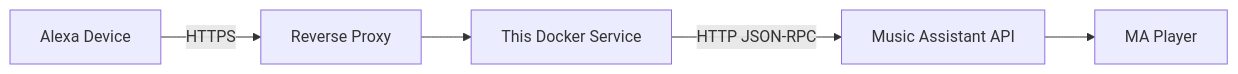
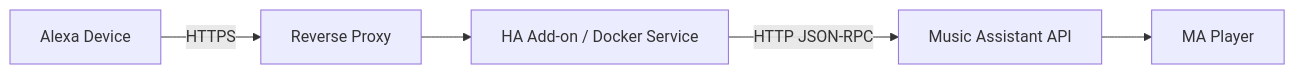
One commit to cirolaferrara/music-assistant-alexa-voice changed the diagram in README.md. Above: the diagram before and after it, drawn with Mermaid. The commit also changed other lines of this file and 20 other files, not shown here.

````diff
--- a/README.md
+++ b/README.md
@@ -15,7 +27,7 @@
 ```mermaid
 flowchart LR
   Echo[Alexa Device] -->|HTTPS| Proxy[Reverse Proxy]
-  Proxy --> Skill[This Docker Service]
+  Proxy --> Skill[HA Add-on / Docker Service]
   Skill -->|HTTP JSON-RPC| MA[Music Assistant API]
   MA --> Player[MA Player]
 ```
````
